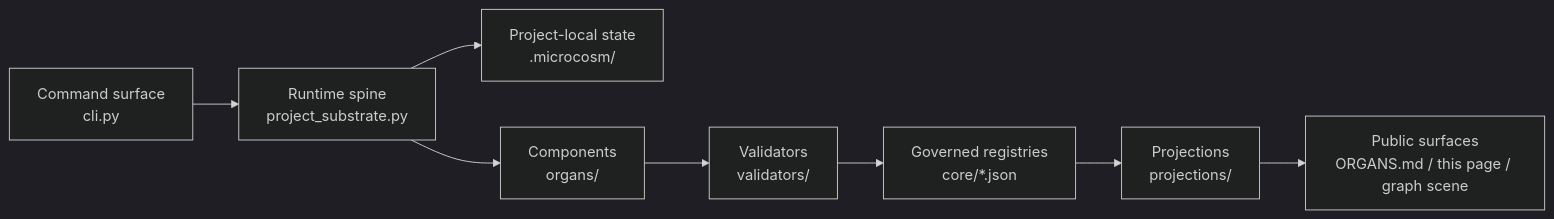
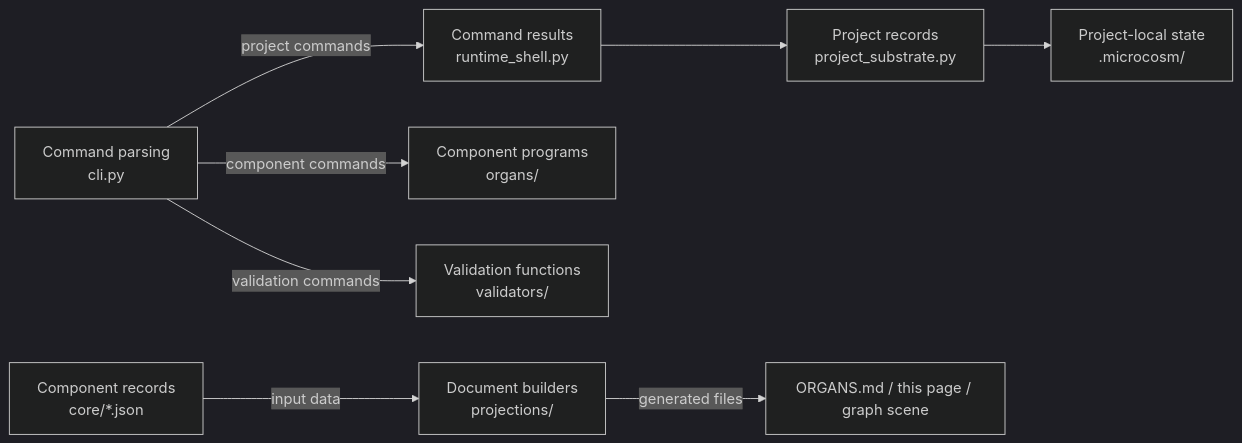
Before and after one commit to wcook04/plectis: the third of 7 diagrams in ARCHITECTURE.md, drawn with Mermaid (dark theme). The commit also changed other lines of this file and 12 other files, not shown here.

Commit message:
docs: explain review commands and generated references literally

````diff
--- a/ARCHITECTURE.md
+++ b/ARCHITECTURE.md
@@ -109,10 +112,10 @@
 ```mermaid
 flowchart LR
-  CLI["Command surface<br/>cli.py"] --> SUB["Runtime spine<br/>project_substrate.py"]
+  CLI["Command parsing<br/>cli.py"] -->|project commands| RUN["Command results<br/>runtime_shell.py"]
+  RUN --> SUB["Project records<br/>project_substrate.py"]
   SUB --> STATE["Project-local state<br/>.microcosm/"]
-  SUB --> ORG["Components<br/>organs/"]
-  ORG --> VAL["Validators<br/>validators/"]
-  VAL --> CORE["Governed registries<br/>core/*.json"]
-  CORE --> PROJ["Projections<br/>projections/"]
-  PROJ --> DOCS["Public surfaces<br/>ORGANS.md / this page / graph scene"]
+  CLI -->|component commands| ORG["Component programs<br/>organs/"]
+  CLI -->|validation commands| VAL["Validation functions<br/>validators/"]
+  CORE["Component records<br/>core/*.json"] -->|input data| PROJ["Document builders<br/>projections/"]
+  PROJ -->|generated files| DOCS["ORGANS.md / this page / graph scene"]
 ```
````
